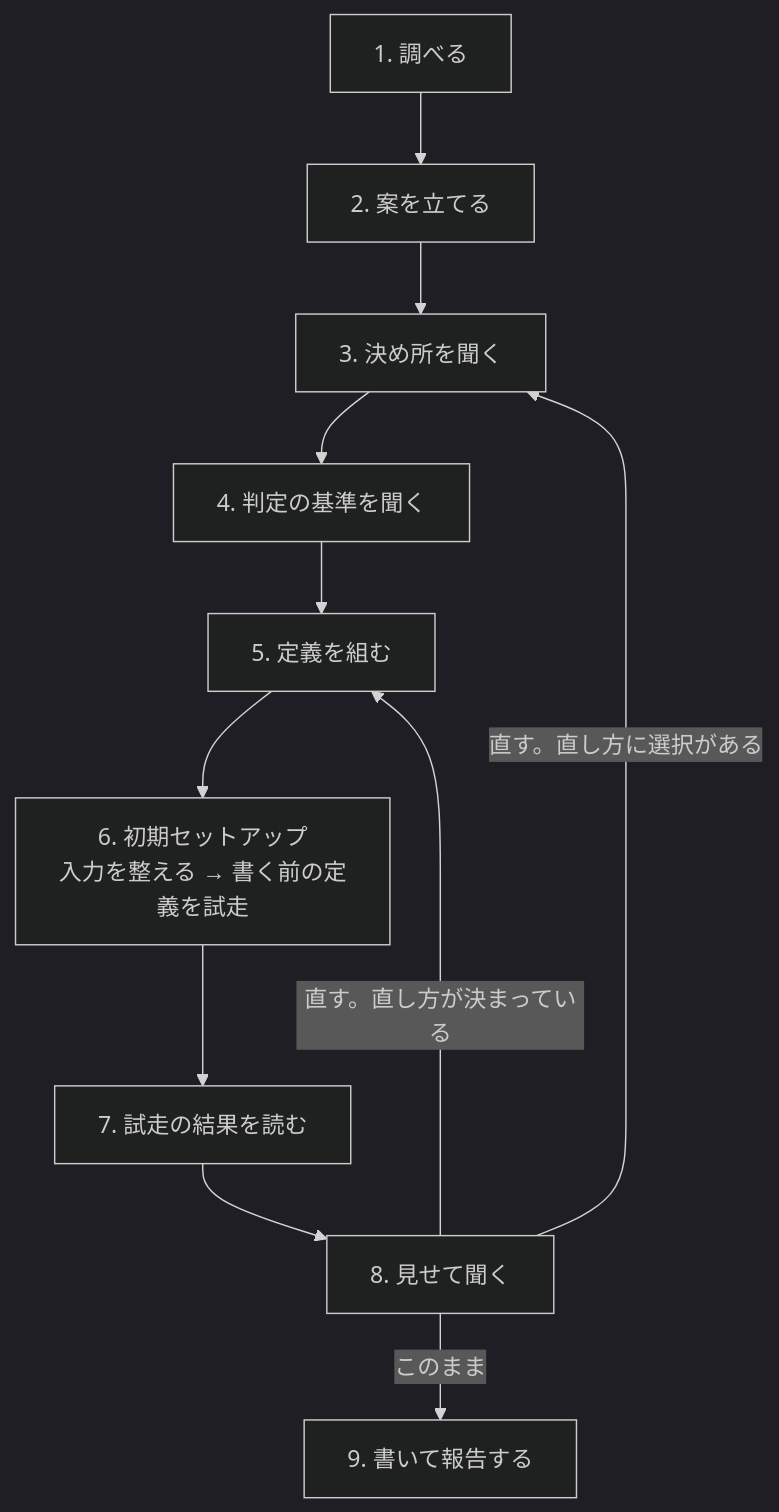
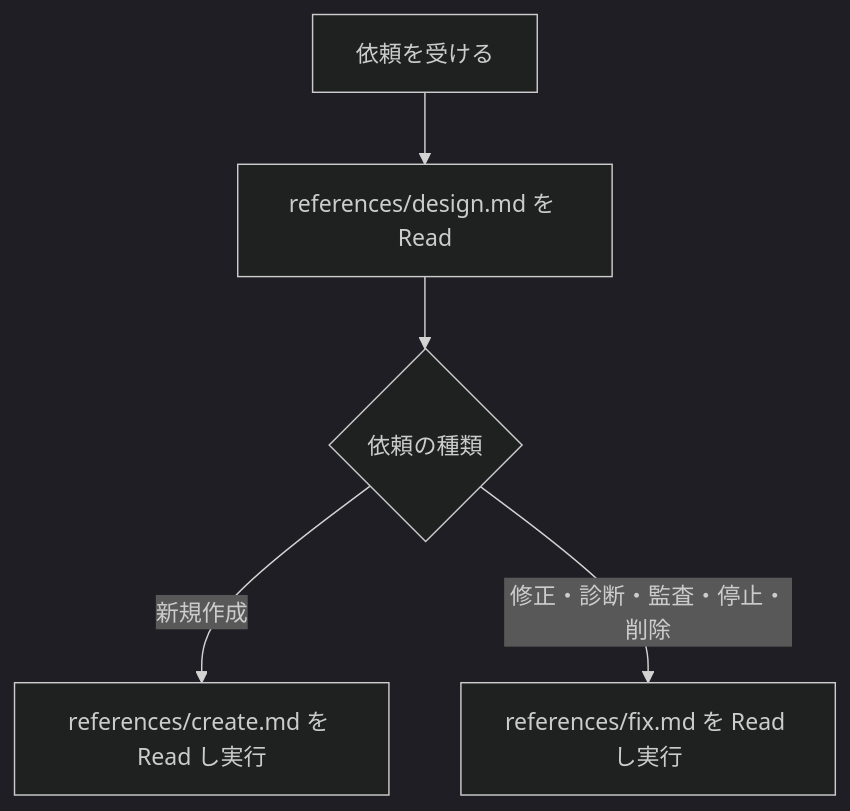
Before and after one commit to nakashima-takeo/orbe: the diagram in app/agent-plugin/plugins/orbe-agent/skills/automation/SKILL.md, drawn with Mermaid (dark theme). The commit also changed other lines of this file and 14 other files, not shown here.

````diff
--- a/app/agent-plugin/plugins/orbe-agent/skills/automation/SKILL.md
+++ b/app/agent-plugin/plugins/orbe-agent/skills/automation/SKILL.md
@@ -24,13 +27,7 @@
 ```mermaid
 flowchart TD
-    A[1. 調べる] --> B[2. 案を立てる]
-    B --> C[3. 決め所を聞く]
-    C --> D[4. 判定の基準を聞く]
-    D --> E[5. 定義を組む]
-    E --> F[6. 初期セットアップ<br/>入力を整える → 書く前の定義を試走]
-    F --> G[7. 試走の結果を読む]
-    G --> H[8. 見せて聞く]
-    H -->|直す。直し方が決まっている| E
-    H -->|直す。直し方に選択がある| C
-    H -->|このまま| I[9. 書いて報告する]
+    A[依頼を受ける] --> B[references/design.md を Read]
+    B --> C{依頼の種類}
+    C -->|新規作成| D[references/create.md を Read し実行]
+    C -->|修正・診断・監査・停止・削除| E[references/fix.md を Read し実行]
 ```
````
